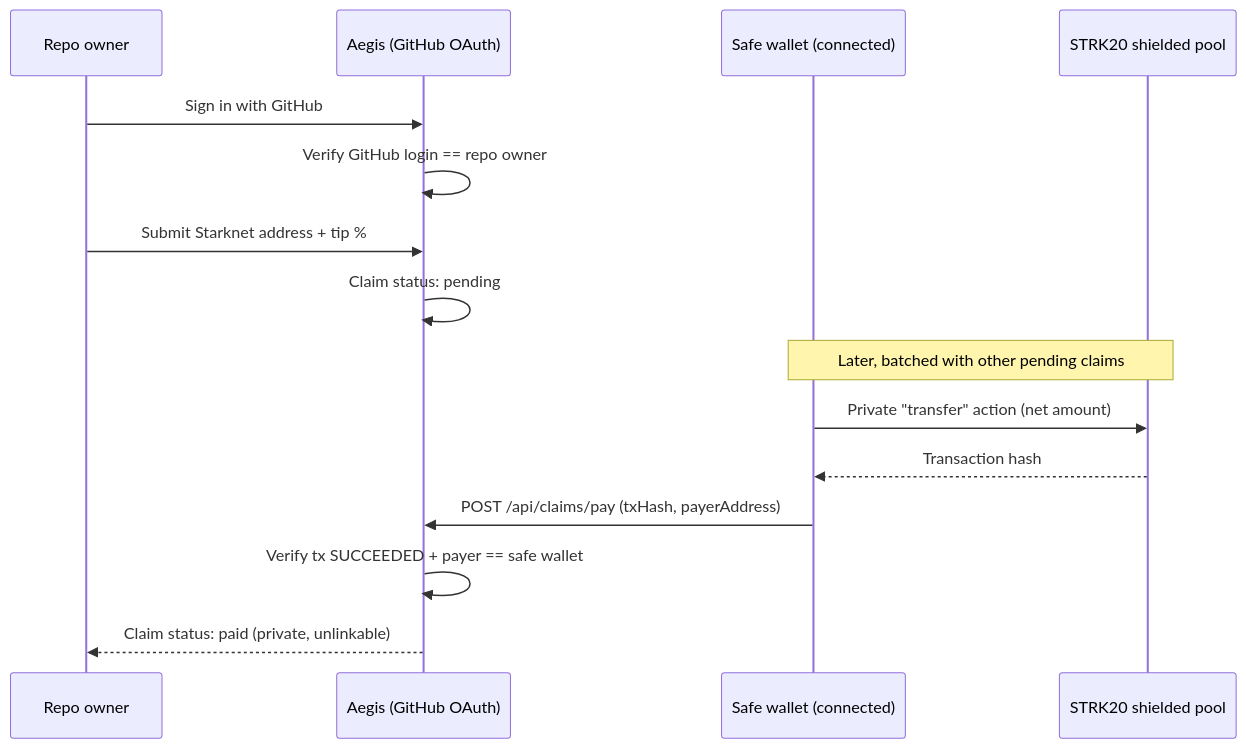
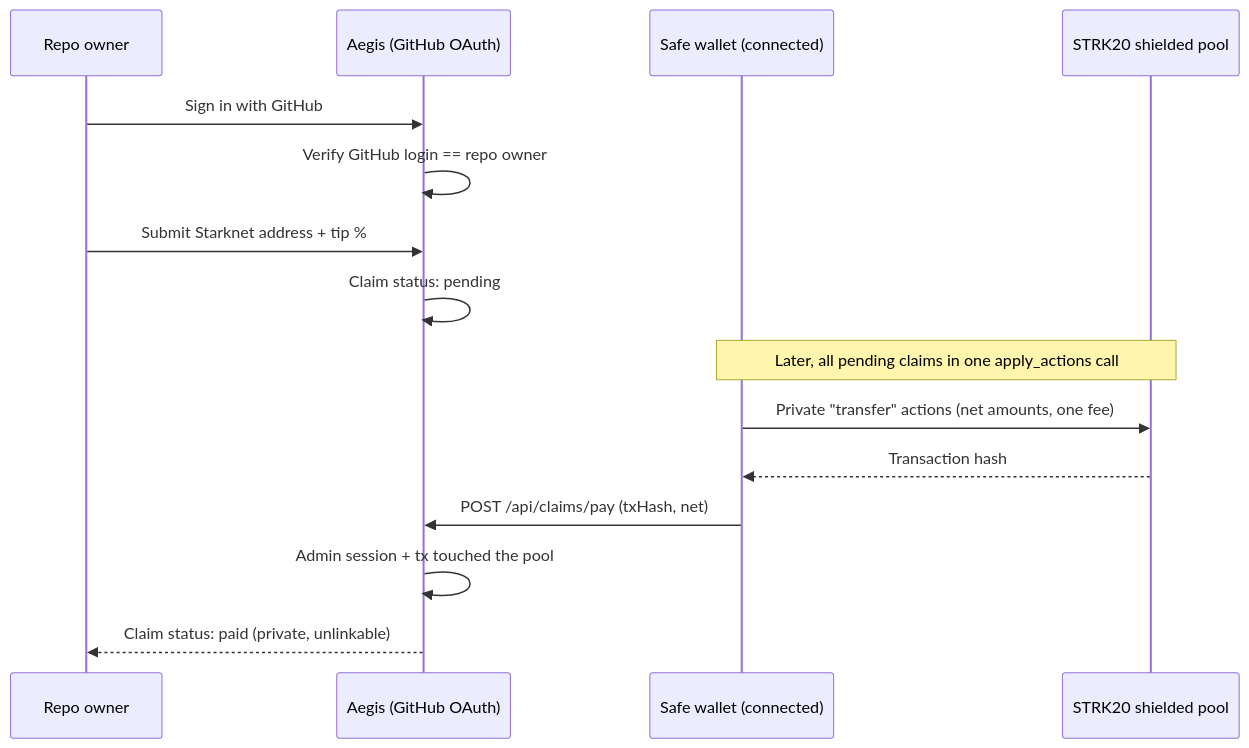
One commit to justbiar/aegis changed the second of 2 diagrams in README.md. Above: the diagram before and after it, drawn with Mermaid. The commit also changed other lines of this file, not shown here.

Commit message:
Bring the README up to what the scanner actually does: three passes over ~5,900 repos and their PRs, masked findings, batched pool payouts, and what the payment endpoint can honestly verify

````diff
--- a/README.md
+++ b/README.md
@@ -69,19 +78,19 @@
 ```mermaid
 sequenceDiagram
     participant Owner as Repo owner
     participant Aegis as Aegis (GitHub OAuth)
     participant Wallet as Safe wallet (connected)
     participant Pool as STRK20 shielded pool
 
     Owner->>Aegis: Sign in with GitHub
     Aegis->>Aegis: Verify GitHub login == repo owner
     Owner->>Aegis: Submit Starknet address + tip %
     Aegis->>Aegis: Claim status: pending
 
-    Note over Wallet,Pool: Later, batched with other pending claims
-    Wallet->>Pool: Private "transfer" action (net amount)
+    Note over Wallet,Pool: Later, all pending claims in one apply_actions call
+    Wallet->>Pool: Private "transfer" actions (net amounts, one fee)
     Pool-->>Wallet: Transaction hash
-    Wallet->>Aegis: POST /api/claims/pay (txHash, payerAddress)
-    Aegis->>Aegis: Verify tx SUCCEEDED + payer == safe wallet
+    Wallet->>Aegis: POST /api/claims/pay (txHash, net)
+    Aegis->>Aegis: Admin session + tx touched the pool
     Aegis-->>Owner: Claim status: paid (private, unlinkable)
 ```
````
